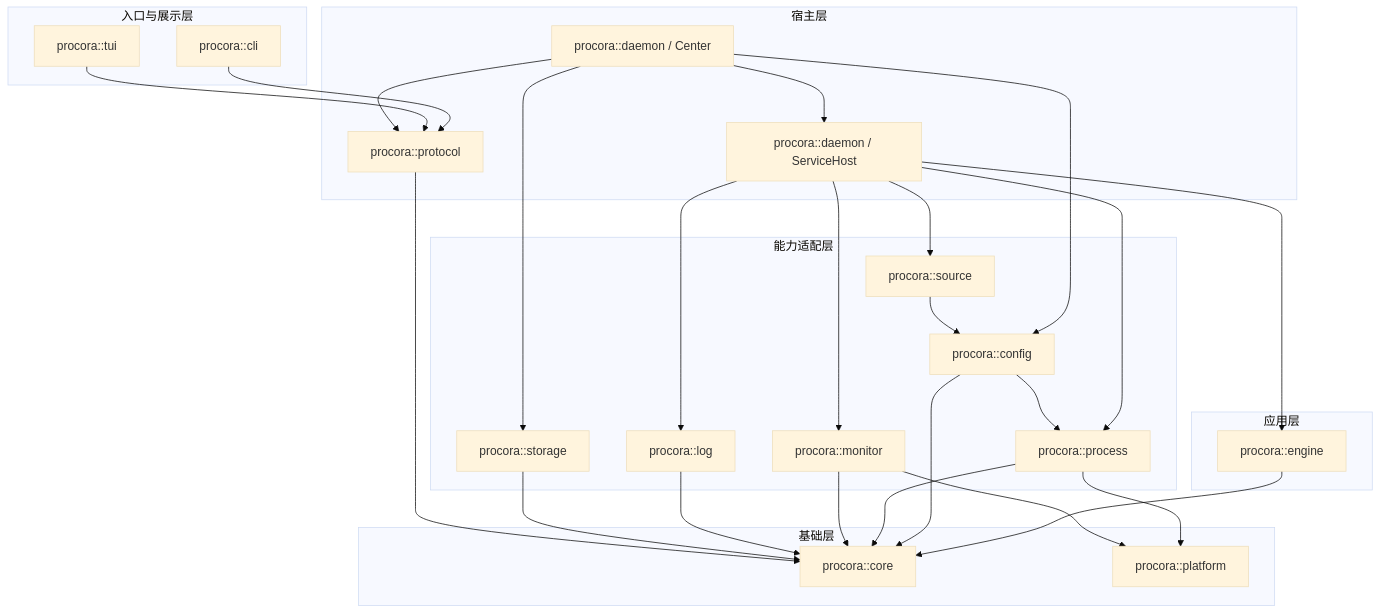
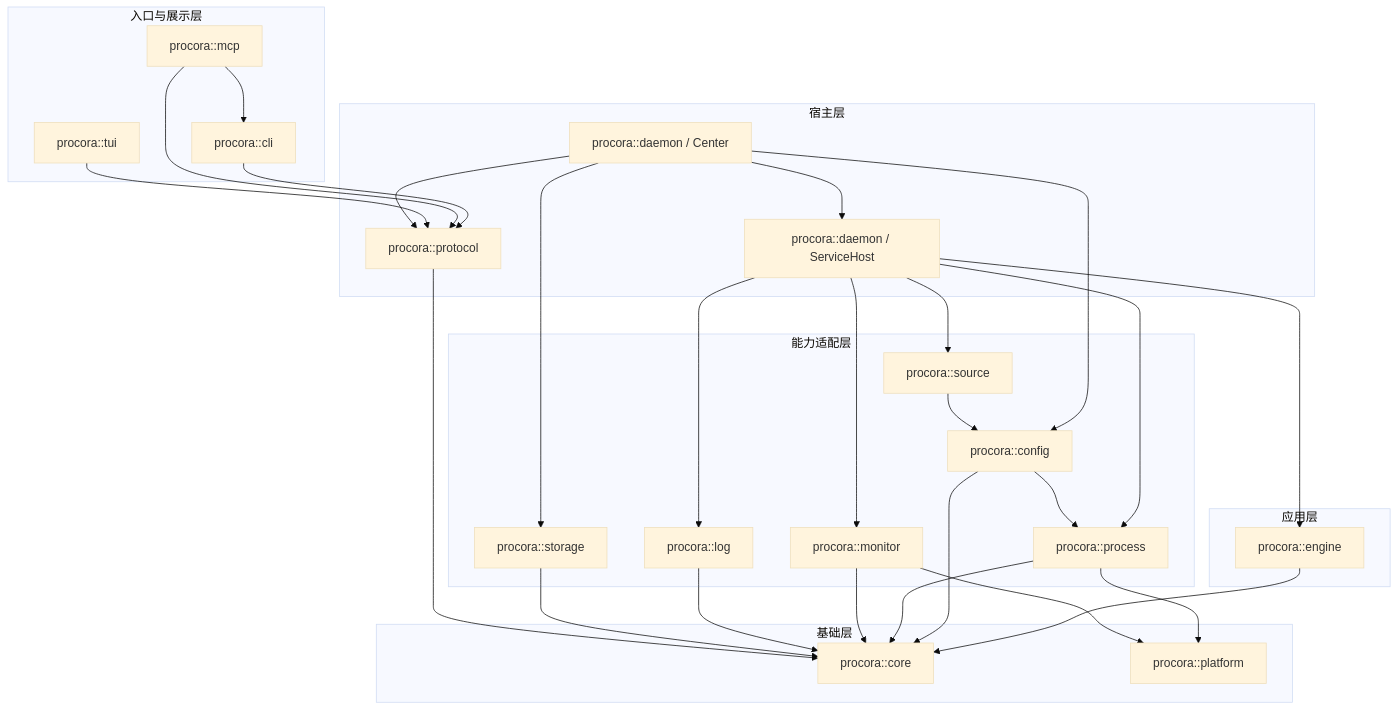
Before and after one commit to laull9/procora: the diagram in docs/architecture.md, drawn with Mermaid (base theme). The commit also changed other lines of this file and 16 other files, not shown here.

````diff
--- a/docs/architecture.md
+++ b/docs/architecture.md
@@ -44,54 +44,57 @@
 ```mermaid
 flowchart TB
     subgraph Presentation[入口与展示层]
         CLI[procora::cli]
+        MCP[procora::mcp]
         TUI[procora::tui]
     end
 
     subgraph Host[宿主层]
         Center[procora::daemon / Center]
         ServiceHost[procora::daemon / ServiceHost]
         Protocol[procora::protocol]
     end
 
     subgraph Application[应用层]
         Engine[procora::engine]
     end
 
     subgraph Adapters[能力适配层]
         Config[procora::config]
         Source[procora::source]
         Process[procora::process]
         Monitor[procora::monitor]
         Log[procora::log]
         Storage[procora::storage]
     end
 
     subgraph Foundation[基础层]
         Core[procora::core]
         Platform[procora::platform]
     end
 
     CLI --> Protocol
+    MCP --> CLI
+    MCP --> Protocol
     TUI --> Protocol
     Center --> Protocol
     Center --> ServiceHost
     Center --> Config
     Center --> Storage
     ServiceHost --> Engine
     ServiceHost --> Source
     ServiceHost --> Process
     ServiceHost --> Monitor
     ServiceHost --> Log
     Engine --> Core
     Config --> Core
     Config --> Process
     Process --> Platform
     Monitor --> Platform
     Process --> Core
     Monitor --> Core
     Log --> Core
     Source --> Config
     Storage --> Core
     Protocol --> Core
 ```
````
